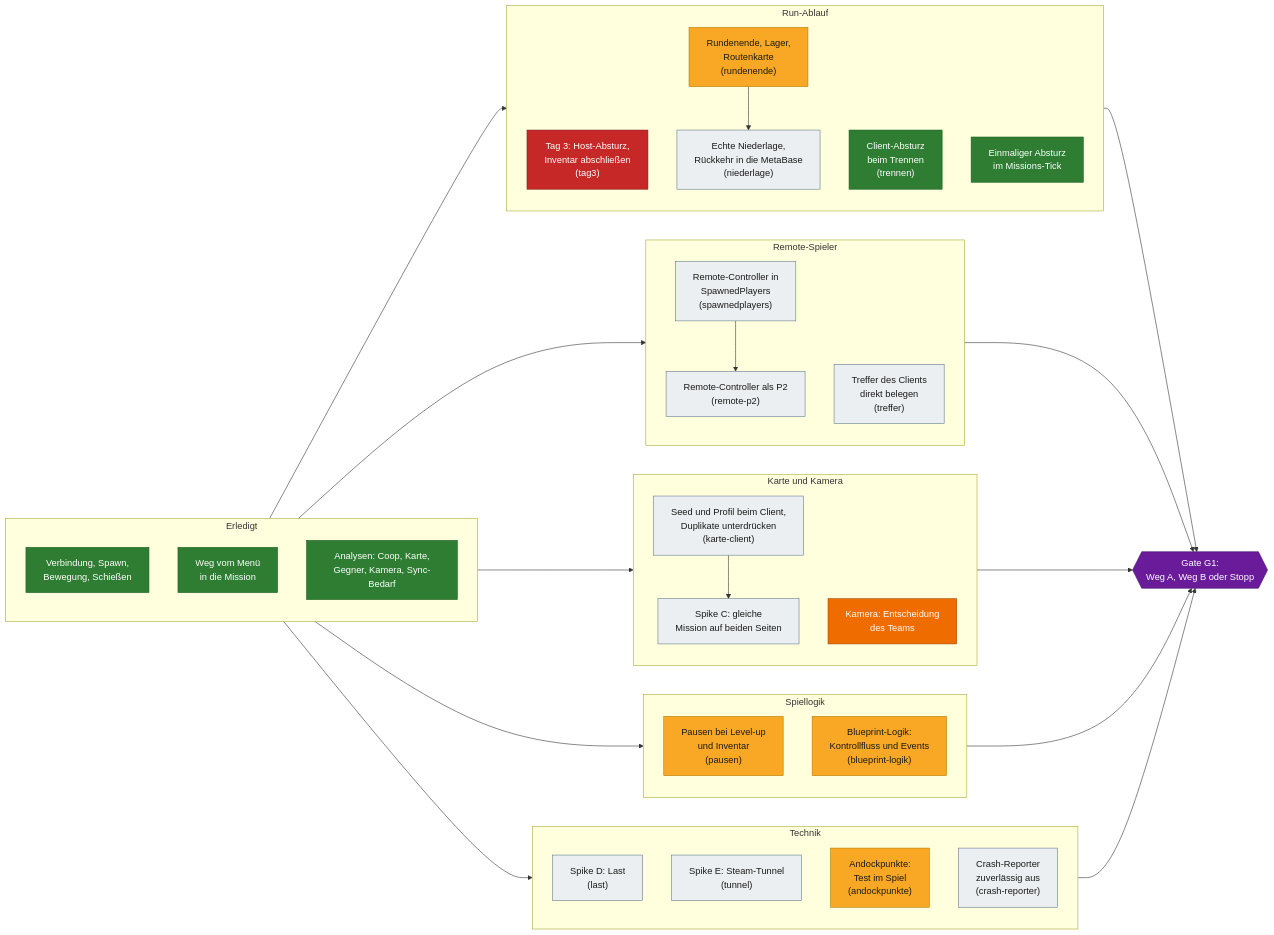
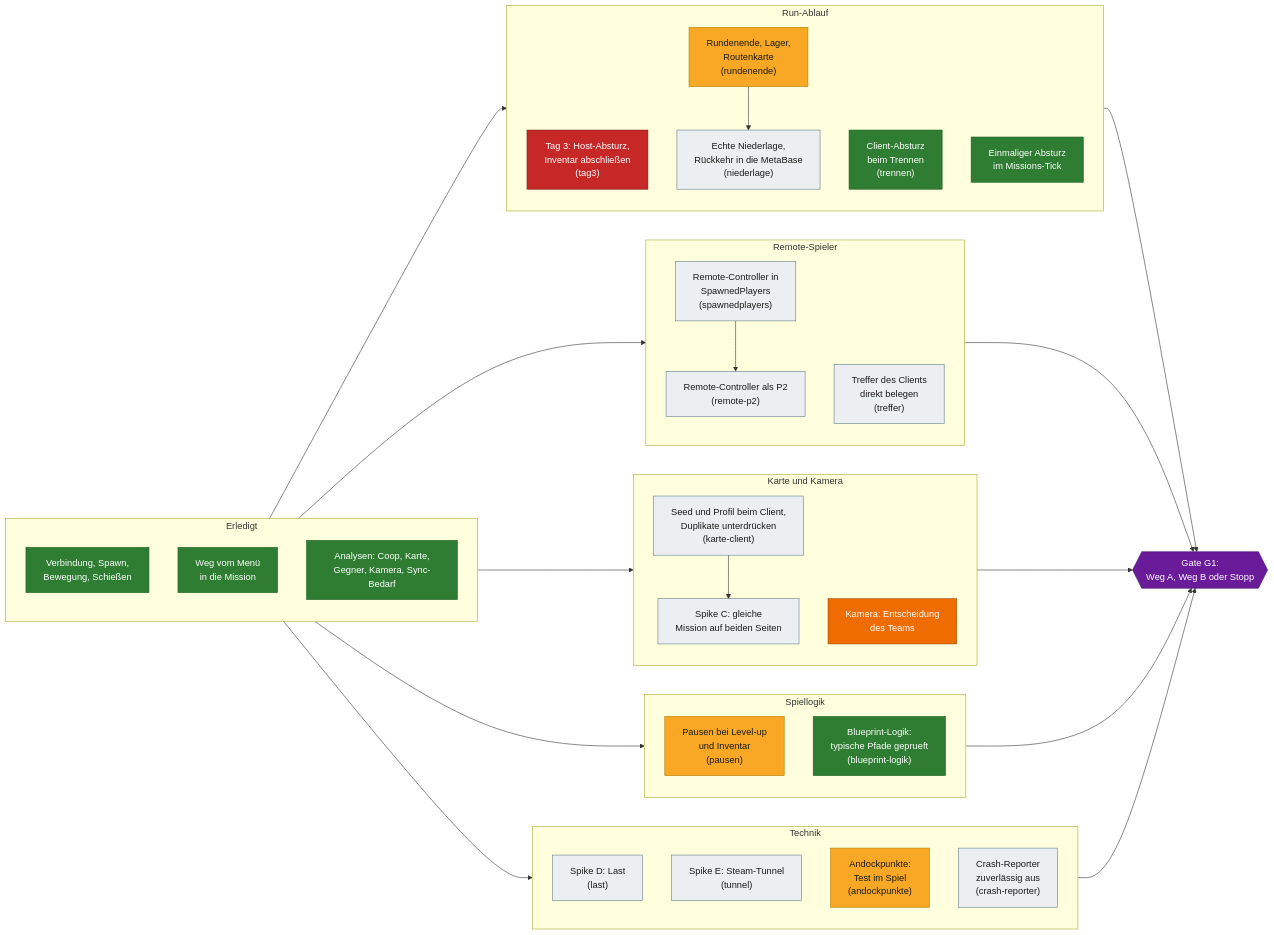
Before and after one commit to VitaminStack/Deadly-Days-Roadtrip-Multiplayer-Mod: the second of 4 diagrams in docs/ROADMAP.md, drawn with Mermaid. The commit also changed 13 other files, not shown here.

````diff
--- a/docs/ROADMAP.md
+++ b/docs/ROADMAP.md
@@ -71,64 +71,64 @@
 ```mermaid
 flowchart LR
     subgraph BASIS["Erledigt"]
         A1["Verbindung, Spawn,<br/>Bewegung, Schießen"]:::done
         A2["Weg vom Menü<br/>in die Mission"]:::done
         A3["Analysen: Coop, Karte,<br/>Gegner, Kamera, Sync-Bedarf"]:::done
     end
 
     subgraph RUN["Run-Ablauf"]
         T3["Tag 3: Host-Absturz,<br/>Inventar abschließen<br/>(tag3)"]:::blocker
         RE["Rundenende, Lager,<br/>Routenkarte<br/>(rundenende)"]:::wip
         NI["Echte Niederlage,<br/>Rückkehr in die MetaBase<br/>(niederlage)"]:::open
         TR["Client-Absturz<br/>beim Trennen<br/>(trennen)"]:::done
         MT["Einmaliger Absturz<br/>im Missions-Tick"]:::done
         RE --> NI
     end
 
     subgraph SPIELER["Remote-Spieler"]
         SP["Remote-Controller in<br/>SpawnedPlayers<br/>(spawnedplayers)"]:::open
         RP["Remote-Controller als P2<br/>(remote-p2)"]:::open
         TF["Treffer des Clients<br/>direkt belegen<br/>(treffer)"]:::open
         SP --> RP
     end
 
     subgraph WELT["Karte und Kamera"]
         KC["Seed und Profil beim Client,<br/>Duplikate unterdrücken<br/>(karte-client)"]:::open
         SC["Spike C: gleiche<br/>Mission auf beiden Seiten"]:::open
         KE["Kamera: Entscheidung<br/>des Teams"]:::decision
         KC --> SC
     end
 
     subgraph LOGIK["Spiellogik"]
         PA["Pausen bei Level-up<br/>und Inventar<br/>(pausen)"]:::wip
-        BP["Blueprint-Logik:<br/>Kontrollfluss und Events<br/>(blueprint-logik)"]:::wip
+        BP["Blueprint-Logik:<br/>typische Pfade geprueft<br/>(blueprint-logik)"]:::done
     end
 
     subgraph TECHNIK["Technik"]
         LA["Spike D: Last<br/>(last)"]:::open
         TU["Spike E: Steam-Tunnel<br/>(tunnel)"]:::open
         AP["Andockpunkte:<br/>Test im Spiel<br/>(andockpunkte)"]:::wip
         CR["Crash-Reporter<br/>zuverlässig aus<br/>(crash-reporter)"]:::open
     end
 
     BASIS --> RUN
     BASIS --> SPIELER
     BASIS --> WELT
     BASIS --> LOGIK
     BASIS --> TECHNIK
 
     RUN --> G1
     SPIELER --> G1
     WELT --> G1
     LOGIK --> G1
     TECHNIK --> G1
 
     G1{{"Gate G1:<br/>Weg A, Weg B oder Stopp"}}:::gate
 
     classDef done fill:#2e7d32,stroke:#1b5e20,color:#ffffff
     classDef wip fill:#f9a825,stroke:#b27a00,color:#1a1a1a
     classDef open fill:#eceff1,stroke:#607d8b,color:#1a1a1a
     classDef blocker fill:#c62828,stroke:#7f1d1d,color:#ffffff
     classDef decision fill:#ef6c00,stroke:#a34800,color:#ffffff
     classDef gate fill:#6a1b9a,stroke:#3e1163,color:#ffffff
 ```
````
